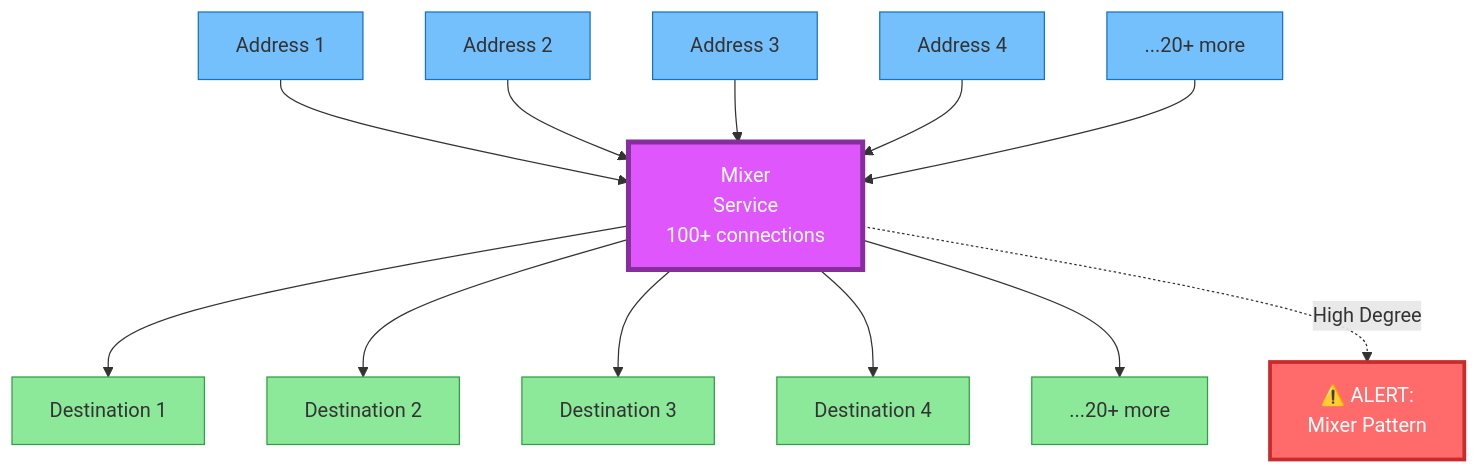
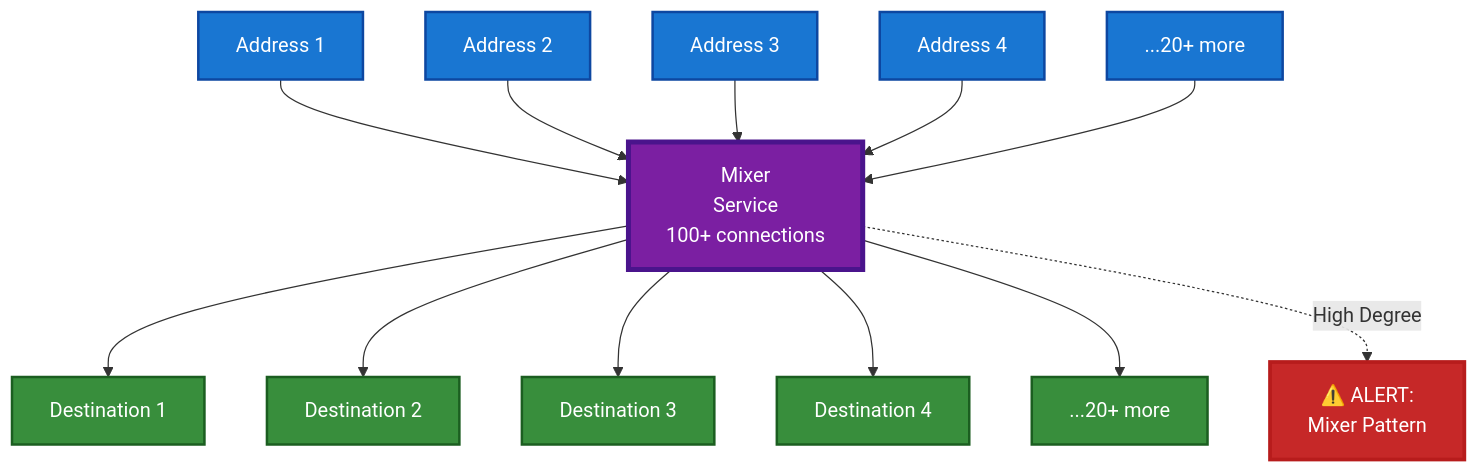
One commit to gregorizeidler/ethguardian-AI changed the fifth of 11 diagrams in README.md. Above: the diagram before and after it, drawn with Mermaid. The commit also changed other lines of this file, not shown here.

First line of the commit message:
🎨 Improve README: Add all 24 screenshots + fix diagram contrast

````diff
--- a/README.md
+++ b/README.md
@@ -304,29 +315,29 @@
 ```mermaid
 graph TD
     A1[Address 1] --> M[Mixer<br/>Service<br/>100+ connections]
     A2[Address 2] --> M
     A3[Address 3] --> M
     A4[Address 4] --> M
     A5[...20+ more] --> M
     
     M --> B1[Destination 1]
     M --> B2[Destination 2]
     M --> B3[Destination 3]
     M --> B4[Destination 4]
     M --> B5[...20+ more]
     
     M -.->|High Degree| C[⚠️ ALERT:<br/>Mixer Pattern]
     
-    style M fill:#E056FD,stroke:#862E9C,stroke-width:4px,color:#fff
-    style C fill:#FF6B6B,stroke:#C92A2A,stroke-width:3px,color:#fff
-    style A1 fill:#74C0FC,stroke:#1971C2
-    style A2 fill:#74C0FC,stroke:#1971C2
-    style A3 fill:#74C0FC,stroke:#1971C2
-    style A4 fill:#74C0FC,stroke:#1971C2
-    style A5 fill:#74C0FC,stroke:#1971C2
-    style B1 fill:#8CE99A,stroke:#2F9E44
-    style B2 fill:#8CE99A,stroke:#2F9E44
-    style B3 fill:#8CE99A,stroke:#2F9E44
-    style B4 fill:#8CE99A,stroke:#2F9E44
-    style B5 fill:#8CE99A,stroke:#2F9E44
+    style M fill:#7B1FA2,stroke:#4A148C,stroke-width:4px,color:#fff
+    style C fill:#C62828,stroke:#B71C1C,stroke-width:3px,color:#fff
+    style A1 fill:#1976D2,stroke:#0D47A1,stroke-width:2px,color:#fff
+    style A2 fill:#1976D2,stroke:#0D47A1,stroke-width:2px,color:#fff
+    style A3 fill:#1976D2,stroke:#0D47A1,stroke-width:2px,color:#fff
+    style A4 fill:#1976D2,stroke:#0D47A1,stroke-width:2px,color:#fff
+    style A5 fill:#1976D2,stroke:#0D47A1,stroke-width:2px,color:#fff
+    style B1 fill:#388E3C,stroke:#1B5E20,stroke-width:2px,color:#fff
+    style B2 fill:#388E3C,stroke:#1B5E20,stroke-width:2px,color:#fff
+    style B3 fill:#388E3C,stroke:#1B5E20,stroke-width:2px,color:#fff
+    style B4 fill:#388E3C,stroke:#1B5E20,stroke-width:2px,color:#fff
+    style B5 fill:#388E3C,stroke:#1B5E20,stroke-width:2px,color:#fff
 ```
````
